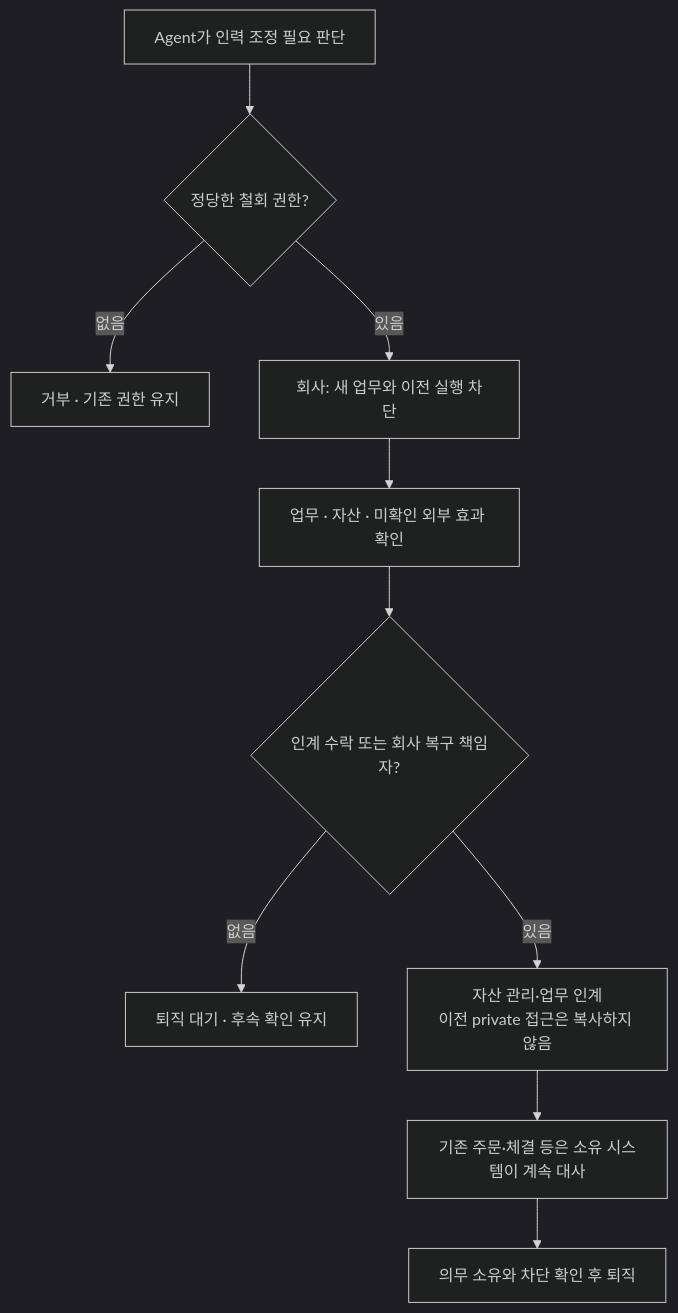
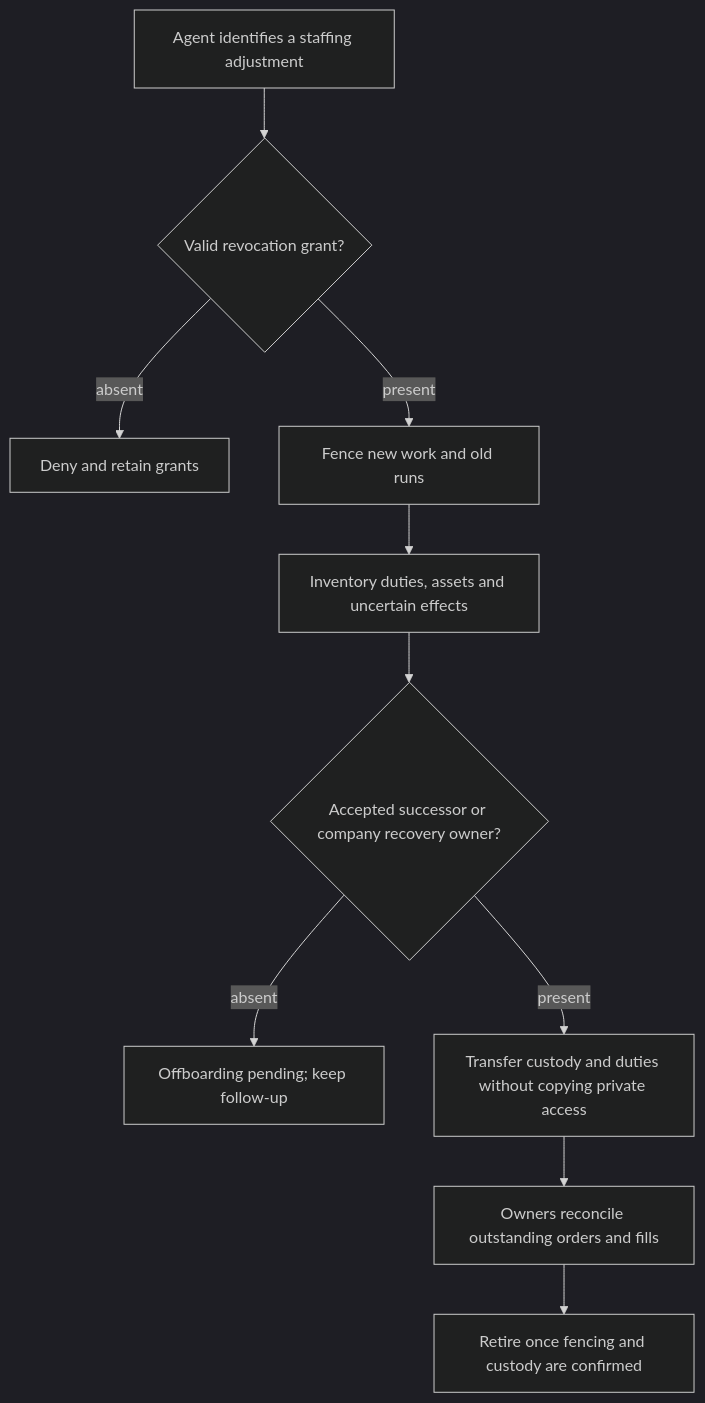
Diagram 16 of 16 in docs/company-agent-quant.md (openboa-ai/sourdough), drawn with Mermaid (dark theme) before and after one commit. The commit also changed other lines of this file and 29 other files, not shown here.

````diff
--- a/docs/company-agent-quant.md
+++ b/docs/company-agent-quant.md
@@ -418,12 +413,12 @@
 ```mermaid
 flowchart TD
-    Need["Agent가 인력 조정 필요 판단"] --> Grant{"정당한 철회 권한?"}
-    Grant -->|없음| Deny["거부 · 기존 권한 유지"]
-    Grant -->|있음| Fence["회사: 새 업무와 이전 실행 차단"]
-    Fence --> Inventory["업무 · 자산 · 미확인 외부 효과 확인"]
-    Inventory --> Owner{"인계 수락 또는 회사 복구 책임자?"}
-    Owner -->|없음| Pending["퇴직 대기 · 후속 확인 유지"]
-    Owner -->|있음| Transfer["자산 관리·업무 인계<br/>이전 private 접근은 복사하지 않음"]
-    Transfer --> Settle["기존 주문·체결 등은 소유 시스템이 계속 대사"]
-    Settle --> Retired["의무 소유와 차단 확인 후 퇴직"]
+    Need["Agent identifies a staffing adjustment"] --> Grant{"Valid revocation grant?"}
+    Grant -->|absent| Deny["Deny and retain grants"]
+    Grant -->|present| Fence["Fence new work and old runs"]
+    Fence --> Inventory["Inventory duties, assets and uncertain effects"]
+    Inventory --> Owner{"Accepted successor or company recovery owner?"}
+    Owner -->|absent| Pending["Offboarding pending; keep follow-up"]
+    Owner -->|present| Transfer["Transfer custody and duties without copying private access"]
+    Transfer --> Settle["Owners reconcile outstanding orders and fills"]
+    Settle --> Retired["Retire once fencing and custody are confirmed"]
 ```
````
